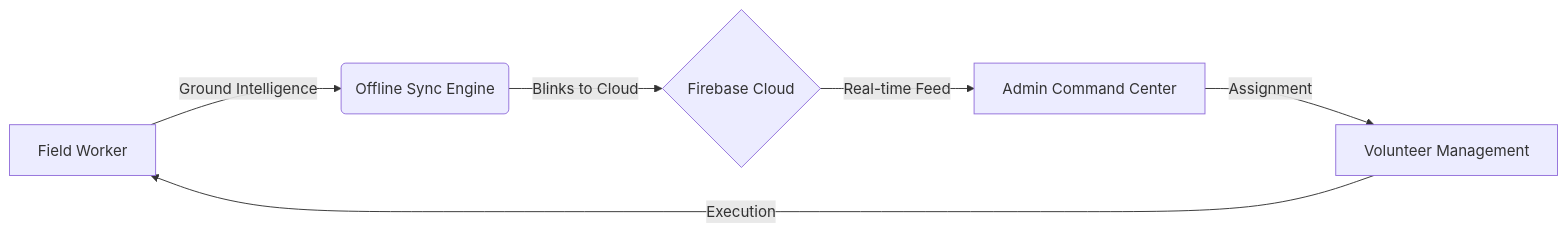
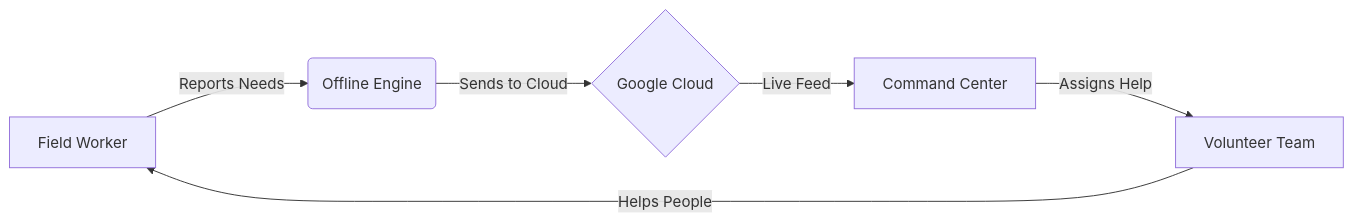
One commit to pagadalacharankarthik/ImpactPulse-SmartReliefSystem changed the diagram in README.md. Above: the diagram before and after it, drawn with Mermaid. The commit also changed other lines of this file, not shown here.

````diff
--- a/README.md
+++ b/README.md
@@ -89,8 +39,8 @@
 ```mermaid
 graph LR
-    A[Field Worker] -->|Ground Intelligence| B(Offline Sync Engine)
-    B -->|Blinks to Cloud| C{Firebase Cloud}
-    C -->|Real-time Feed| D[Admin Command Center]
-    D -->|Assignment| E[Volunteer Management]
-    E -->|Execution| A
+    A[Field Worker] -->|Reports Needs| B(Offline Engine)
+    B -->|Sends to Cloud| C{Google Cloud}
+    C -->|Live Feed| D[Command Center]
+    D -->|Assigns Help| E[Volunteer Team]
+    E -->|Helps People| A
 ```
````
